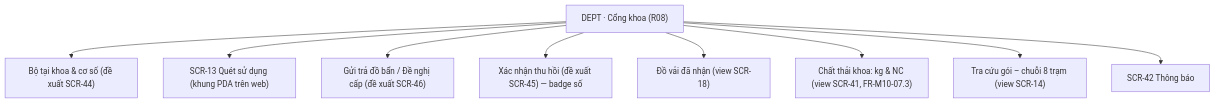
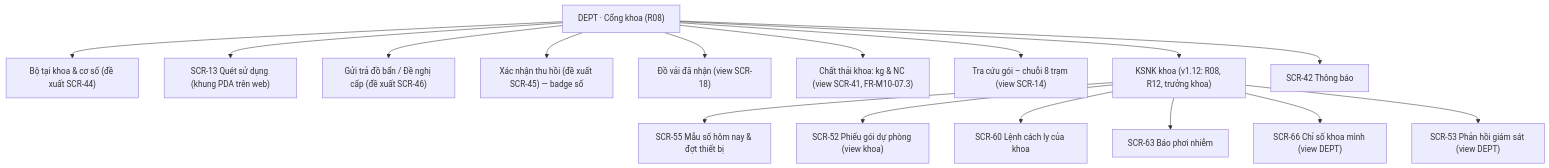
One commit to mvl26/tracecore changed the tenth of 12 diagrams in docs/ux-foundations.md. Above: the diagram before and after it, drawn with Mermaid. The commit also changed other lines of this file and 6 other files, not shown here.

````diff
--- a/docs/ux-foundations.md
+++ b/docs/ux-foundations.md
@@ -311,12 +385,19 @@
 ```mermaid
 graph TD
     root["DEPT · Cổng khoa (R08)"]
     root --> stock["Bộ tại khoa & cơ số (đề xuất SCR-44)"]
     root --> use["SCR-13 Quét sử dụng (khung PDA trên web)"]
     root --> ret["Gửi trả đồ bẩn / Đề nghị cấp (đề xuất SCR-46)"]
     root --> rc["Xác nhận thu hồi (đề xuất SCR-45) — badge số"]
     root --> linen["Đồ vải đã nhận (view SCR-18)"]
     root --> waste["Chất thải khoa: kg & NC (view SCR-41, FR-M10-07.3)"]
     root --> trace["Tra cứu gói – chuỗi 8 trạm (view SCR-14)"]
+    root --> ksnk["KSNK khoa (v1.12: R08, R12, trưởng khoa)"]
+    ksnk --> s55["SCR-55 Mẫu số hôm nay & đợt thiết bị"]
+    ksnk --> s52["SCR-52 Phiếu gói dự phòng (view khoa)"]
+    ksnk --> s60["SCR-60 Lệnh cách ly của khoa"]
+    ksnk --> s63["SCR-63 Báo phơi nhiễm"]
+    ksnk --> s66["SCR-66 Chỉ số khoa mình (view DEPT)"]
+    ksnk --> s53["SCR-53 Phản hồi giám sát (view DEPT)"]
     root --> notif["SCR-42 Thông báo"]
 ```
````
